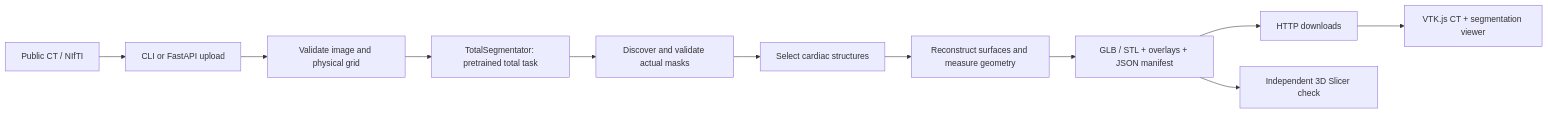
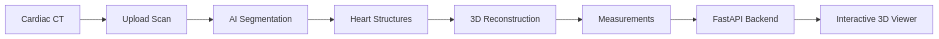
Before and after one commit to ahmadsobohhh/HeartAI: the diagram in README.md, drawn with Mermaid. The commit also changed other lines of this file, not shown here.

````diff
--- a/README.md
+++ b/README.md
@@ -52,13 +45,10 @@
 ```mermaid
 flowchart LR
-    A[Public CT / NIfTI] --> B[CLI or FastAPI upload]
-    B --> C[Validate image and physical grid]
-    C --> D[TotalSegmentator: pretrained total task]
-    D --> E[Discover and validate actual masks]
-    E --> F[Select cardiac structures]
-    F --> G[Reconstruct surfaces and measure geometry]
-    G --> H[GLB / STL + overlays + JSON manifest]
-    H --> I[HTTP downloads]
-    H --> J[Independent 3D Slicer check]
-    I --> K[VTK.js CT + segmentation viewer]
+    A[Cardiac CT] --> B[Upload Scan]
+    B --> C[AI Segmentation]
+    C --> D[Heart Structures]
+    D --> E[3D Reconstruction]
+    E --> F[Measurements]
+    F --> G[FastAPI Backend]
+    G --> H[Interactive 3D Viewer]
 ```
````
